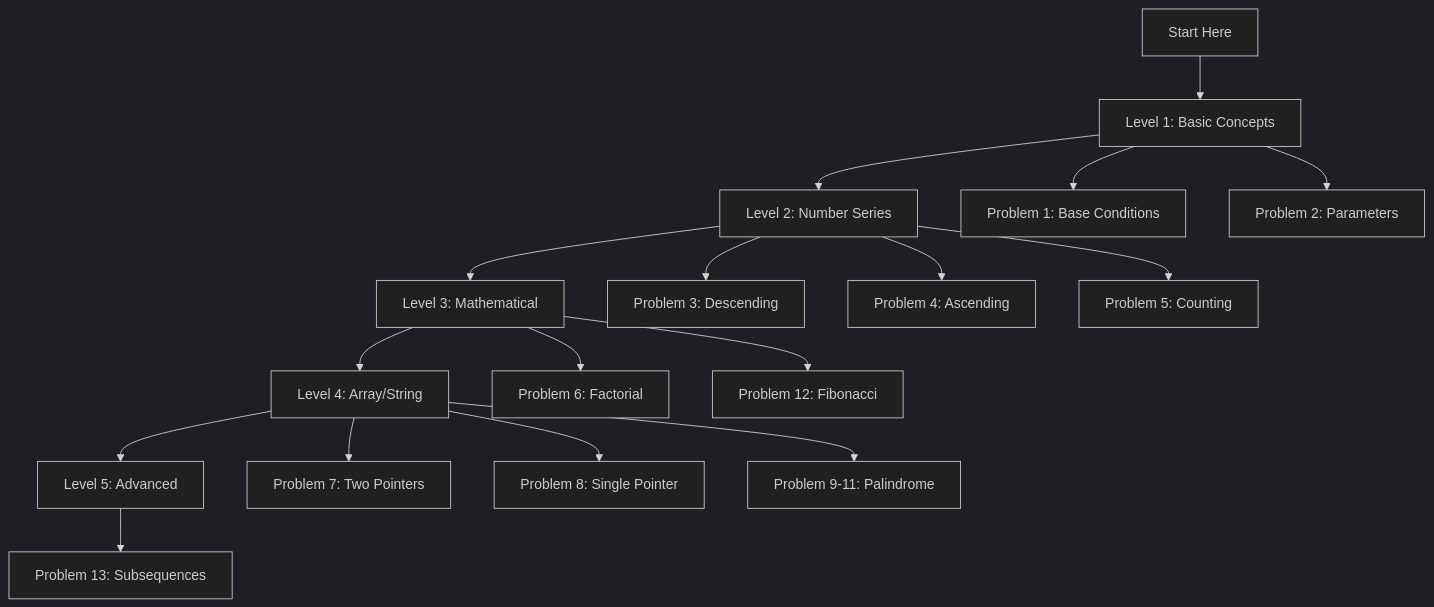
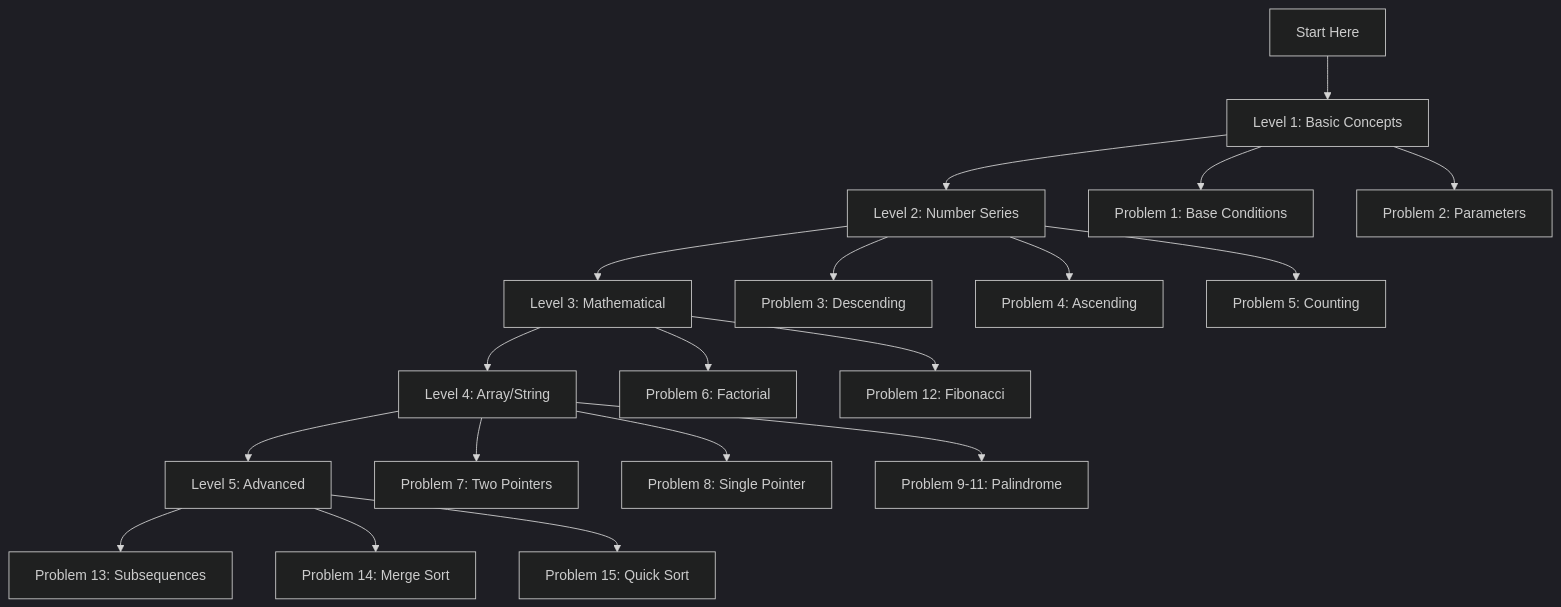
Before and after one commit to Dhrumil1434/DSA_IMPLEMENTATION: the diagram in 05_basics_of_recursion/README.md, drawn with Mermaid (dark theme). The commit also changed other lines of this file and 3 other files, not shown here.

Commit message:
feat: recursion sorting of the quick and merge

````diff
--- a/05_basics_of_recursion/README.md
+++ b/05_basics_of_recursion/README.md
@@ -61,24 +62,26 @@
 ```mermaid
 graph TD
     A[Start Here] --> B[Level 1: Basic Concepts]
     B --> C[Level 2: Number Series]
     C --> D[Level 3: Mathematical]
     D --> E[Level 4: Array/String]
     E --> F[Level 5: Advanced]
 
     B --> B1[Problem 1: Base Conditions]
     B --> B2[Problem 2: Parameters]
 
     C --> C1[Problem 3: Descending]
     C --> C2[Problem 4: Ascending]
     C --> C3[Problem 5: Counting]
 
     D --> D1[Problem 6: Factorial]
     D --> D2[Problem 12: Fibonacci]
 
     E --> E1[Problem 7: Two Pointers]
     E --> E2[Problem 8: Single Pointer]
     E --> E3[Problem 9-11: Palindrome]
 
     F --> F1[Problem 13: Subsequences]
+    F --> F2[Problem 14: Merge Sort]
+    F --> F3[Problem 15: Quick Sort]
 ```
````
